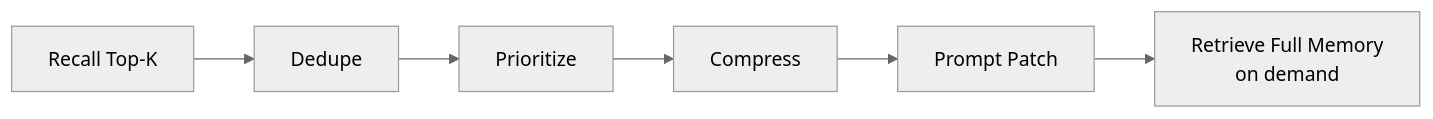
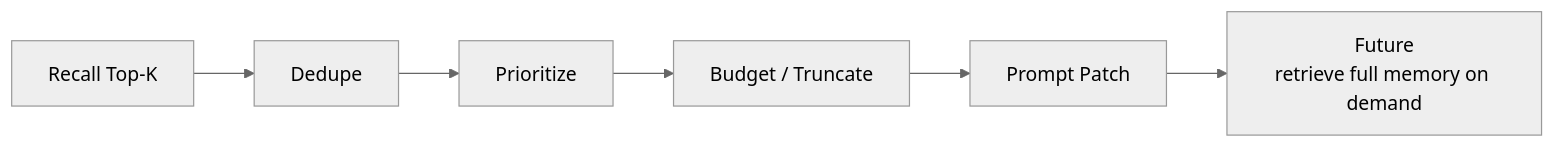
Before and after one commit to liuw55804-sys/MemAgent: the diagram in docs/design_v0.10_competitive_positioning.md, drawn with Mermaid (neutral theme). The commit also changed other lines of this file and 10 other files, not shown here.

````diff
--- a/docs/design_v0.10_competitive_positioning.md
+++ b/docs/design_v0.10_competitive_positioning.md
@@ -56,8 +56,8 @@
 ```mermaid
 flowchart LR
   A["Recall Top-K"] --> B["Dedupe"]
   B --> C["Prioritize"]
-  C --> D["Compress"]
+  C --> D["Budget / Truncate"]
   D --> E["Prompt Patch"]
-  E --> F["Retrieve Full Memory<br>on demand"]
+  E --> F["Future<br>retrieve full memory on demand"]
 ```
````
